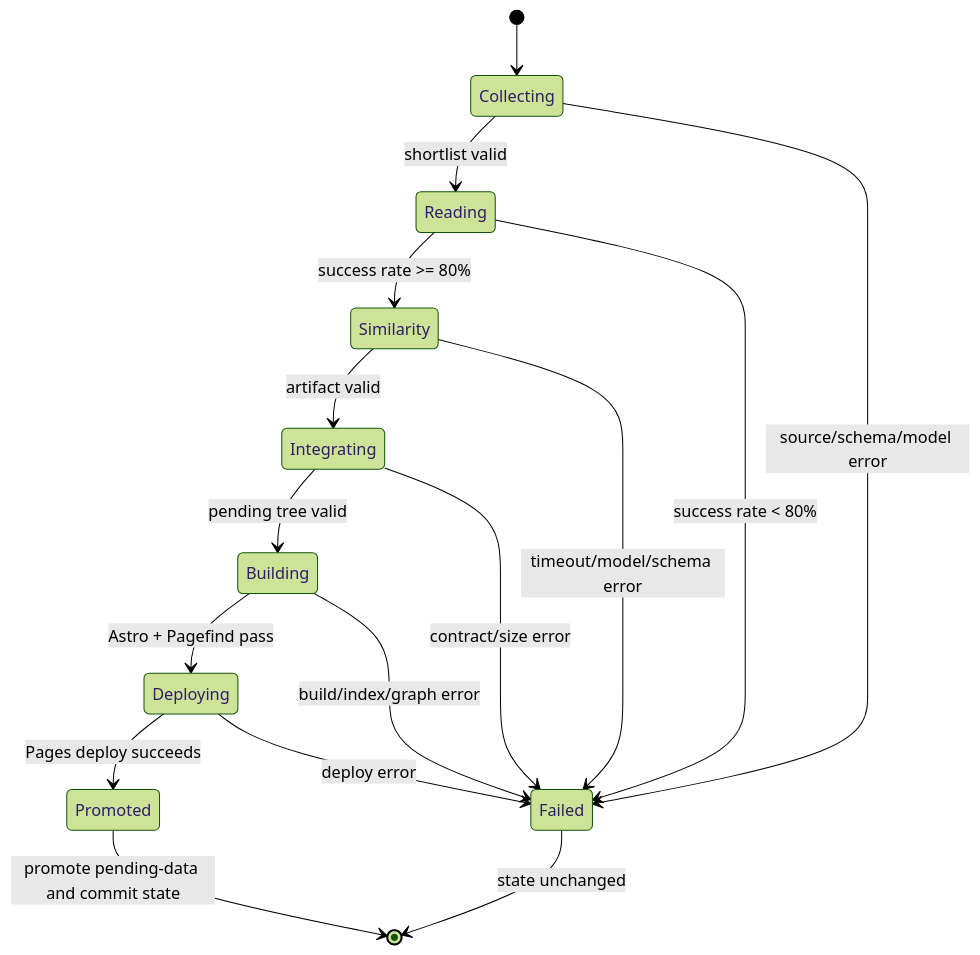
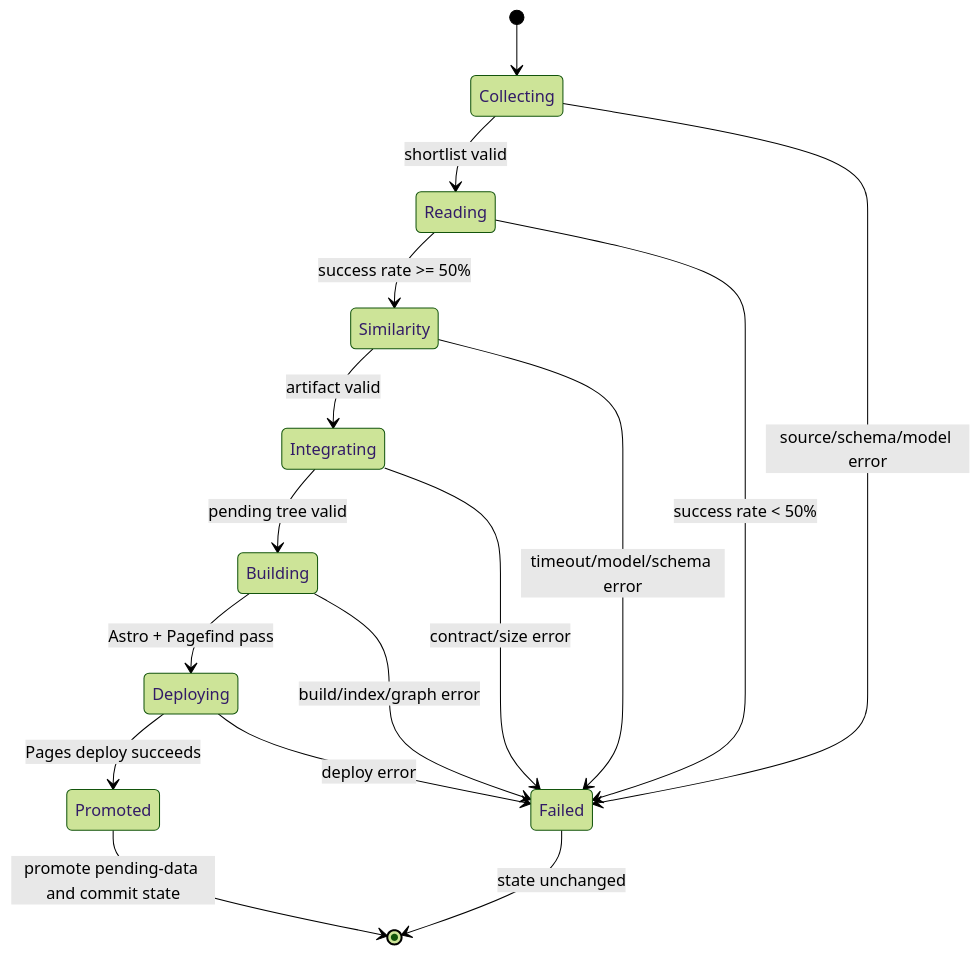
The fourth of 4 diagrams in docs/architecture.md (Bin-Zhang-hhht/rec-sys-daily), drawn with Mermaid (forest theme) before and after one commit. The commit also changed other lines of this file and 4 other files, not shown here.

````diff
--- a/docs/architecture.md
+++ b/docs/architecture.md
@@ -333,18 +334,18 @@
 ```mermaid
 stateDiagram-v2
     [*] --> Collecting
     Collecting --> Reading: shortlist valid
     Collecting --> Failed: source/schema/model error
-    Reading --> Similarity: success rate >= 80%
-    Reading --> Failed: success rate < 80%
+    Reading --> Similarity: success rate >= 50%
+    Reading --> Failed: success rate < 50%
     Similarity --> Integrating: artifact valid
     Similarity --> Failed: timeout/model/schema error
     Integrating --> Building: pending tree valid
     Integrating --> Failed: contract/size error
     Building --> Deploying: Astro + Pagefind pass
     Building --> Failed: build/index/graph error
     Deploying --> Promoted: Pages deploy succeeds
     Deploying --> Failed: deploy error
     Promoted --> [*]: promote pending-data and commit state
     Failed --> [*]: state unchanged
 ```
````
